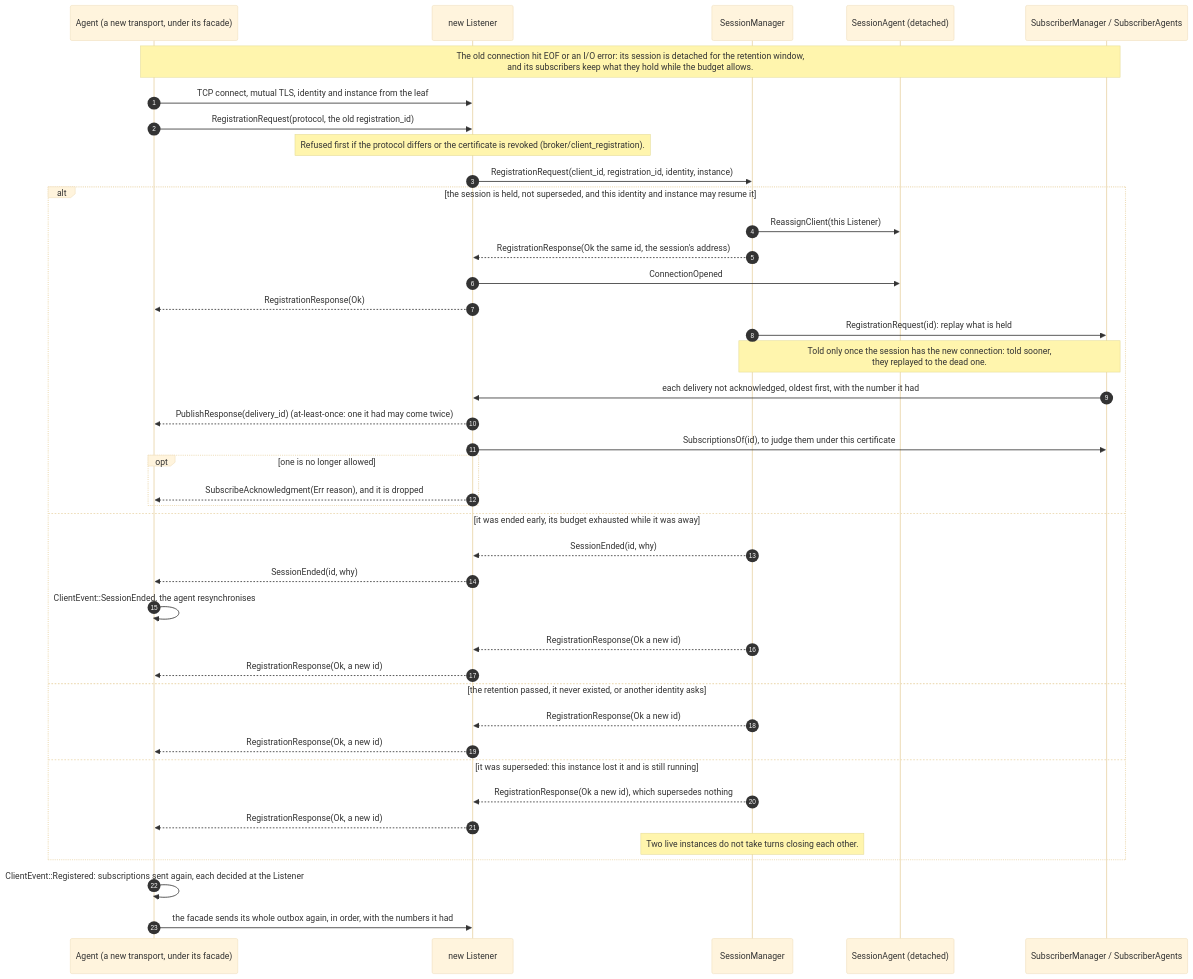
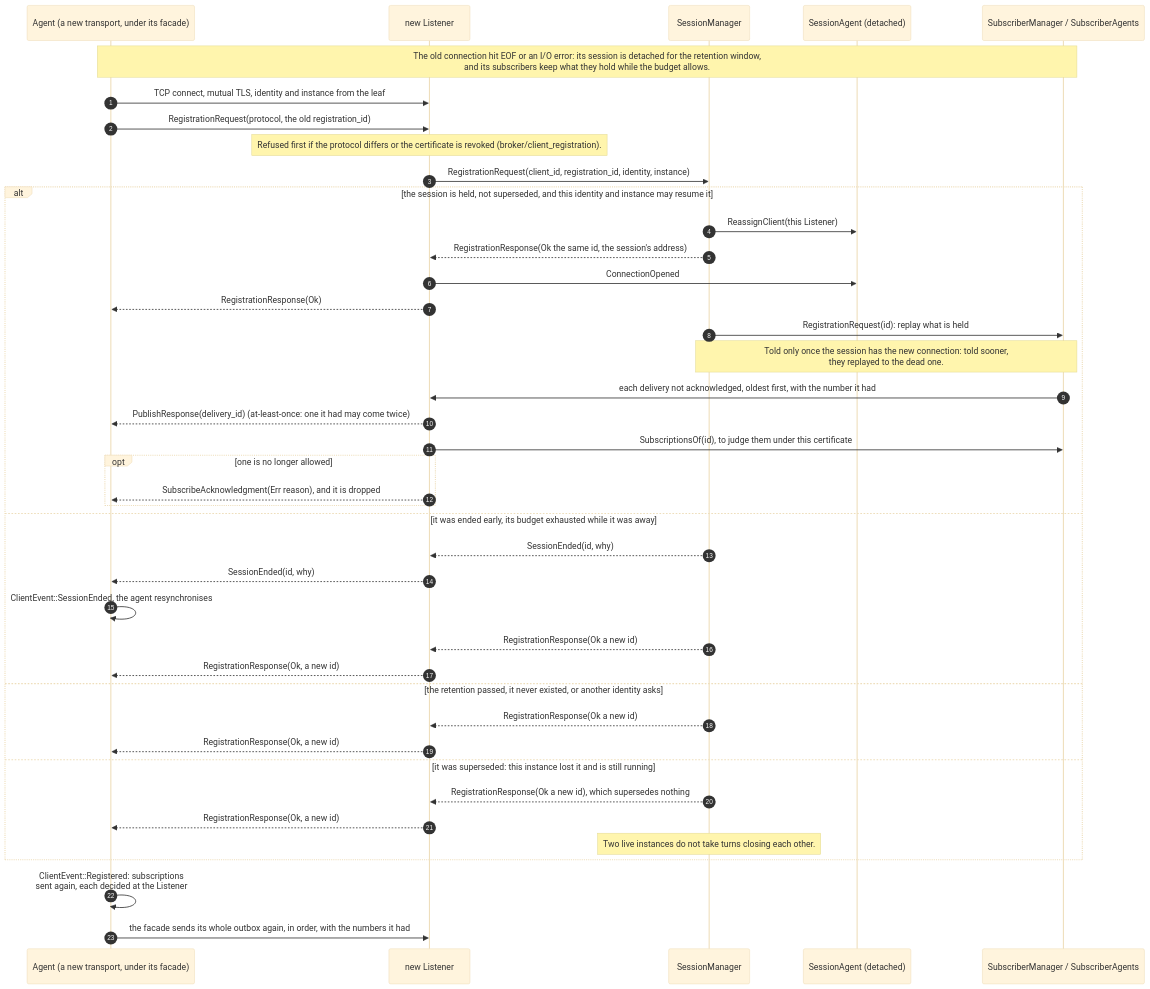
One commit to cmu-sei/ace-tops changed the diagram in docs/architecture/sequences/broker/client_reconnect.mmd. Above: the diagram before and after it, drawn with Mermaid (base theme). The commit also changed 69 other files, not shown here.

First line of the commit message:
docs(sequences): the rest of the audit, drawn from the code

```diff
--- a/docs/architecture/sequences/broker/client_reconnect.mmd
+++ b/docs/architecture/sequences/broker/client_reconnect.mmd
@@ -1,66 +1,66 @@
 %% ACE Tool
 %%
 %% Copyright 2026 Carnegie Mellon University.
 %%
 %% NO WARRANTY. THIS CARNEGIE MELLON UNIVERSITY AND SOFTWARE ENGINEERING INSTITUTE MATERIAL IS
 %% FURNISHED ON AN "AS-IS" BASIS. CARNEGIE MELLON UNIVERSITY MAKES NO WARRANTIES OF ANY KIND, EITHER
 %% EXPRESSED OR IMPLIED, AS TO ANY MATTER INCLUDING, BUT NOT LIMITED TO, WARRANTY OF FITNESS FOR
 %% PURPOSE OR MERCHANTABILITY, EXCLUSIVITY, OR RESULTS OBTAINED FROM USE OF THE MATERIAL. CARNEGIE
 %% MELLON UNIVERSITY DOES NOT MAKE ANY WARRANTY OF ANY KIND WITH RESPECT TO FREEDOM FROM PATENT,
 %% TRADEMARK, OR COPYRIGHT INFRINGEMENT.
 %%
 %% Licensed under a MIT (SEI)-style license, please see license.txt or contact
 %% permission@sei.cmu.edu for full terms.
 %%
 %% [DISTRIBUTION STATEMENT A] This material has been approved for public release and unlimited
 %% distribution.  Please see Copyright notice for non-US Government use and distribution.
 %%
 %% This Software includes and/or makes use of Third-Party Software each subject to its own license.
 %%
 %% DM26-0670
 
 %% A client comes back after its connection dropped, as built (2026-11-04, docs/architecture/cassini-broker.md and
 %% cassini-client-reliability.md). A registration id is not a bearer token: only its identity and instance may resume it.
 sequenceDiagram
     autonumber
     participant Client as Agent (a new transport, under its facade)
     participant Listener as new Listener
     participant SM as SessionManager
     participant SA as SessionAgent (detached)
     participant Subs as SubscriberManager / SubscriberAgents
 
     Note over Client,Subs: The old connection hit EOF or an I/O error: its session is detached for the retention window,<br/>and its subscribers keep what they hold while the budget allows.
     Client->>Listener: TCP connect, mutual TLS, identity and instance from the leaf
     Client->>Listener: RegistrationRequest(protocol, the old registration_id)
     Note over Listener: Refused first if the protocol differs or the certificate is revoked (broker/client_registration).
     Listener->>SM: RegistrationRequest(client_id, registration_id, identity, instance)
 
     alt the session is held, not superseded, and this identity and instance may resume it
         SM->>SA: ReassignClient(this Listener)
         SM-->>Listener: RegistrationResponse(Ok the same id, the session's address)
         Listener->>SA: ConnectionOpened
         Listener-->>Client: RegistrationResponse(Ok)
         SM->>Subs: RegistrationRequest(id): replay what is held
         Note over SM,Subs: Told only once the session has the new connection: told sooner,<br/>they replayed to the dead one.
         Subs->>Listener: each delivery not acknowledged, oldest first, with the number it had
         Listener-->>Client: PublishResponse(delivery_id) (at-least-once: one it had may come twice)
         Listener->>Subs: SubscriptionsOf(id), to judge them under this certificate
         opt one is no longer allowed
             Listener-->>Client: SubscribeAcknowledgment(Err reason), and it is dropped
         end
     else it was ended early, its budget exhausted while it was away
         SM-->>Listener: SessionEnded(id, why)
         Listener-->>Client: SessionEnded(id, why)
         Client->>Client: ClientEvent::SessionEnded, the agent resynchronises
         SM-->>Listener: RegistrationResponse(Ok a new id)
         Listener-->>Client: RegistrationResponse(Ok, a new id)
     else the retention passed, it never existed, or another identity asks
         SM-->>Listener: RegistrationResponse(Ok a new id)
         Listener-->>Client: RegistrationResponse(Ok, a new id)
     else it was superseded: this instance lost it and is still running
         SM-->>Listener: RegistrationResponse(Ok a new id), which supersedes nothing
         Listener-->>Client: RegistrationResponse(Ok, a new id)
         Note over SM: Two live instances do not take turns closing each other.
     end
-    Client->>Client: ClientEvent::Registered: subscriptions sent again, each decided at the Listener
+    Client->>Client: ClientEvent::Registered: subscriptions<br/>sent again, each decided at the Listener
     Client->>Listener: the facade sends its whole outbox again, in order, with the numbers it had
```
